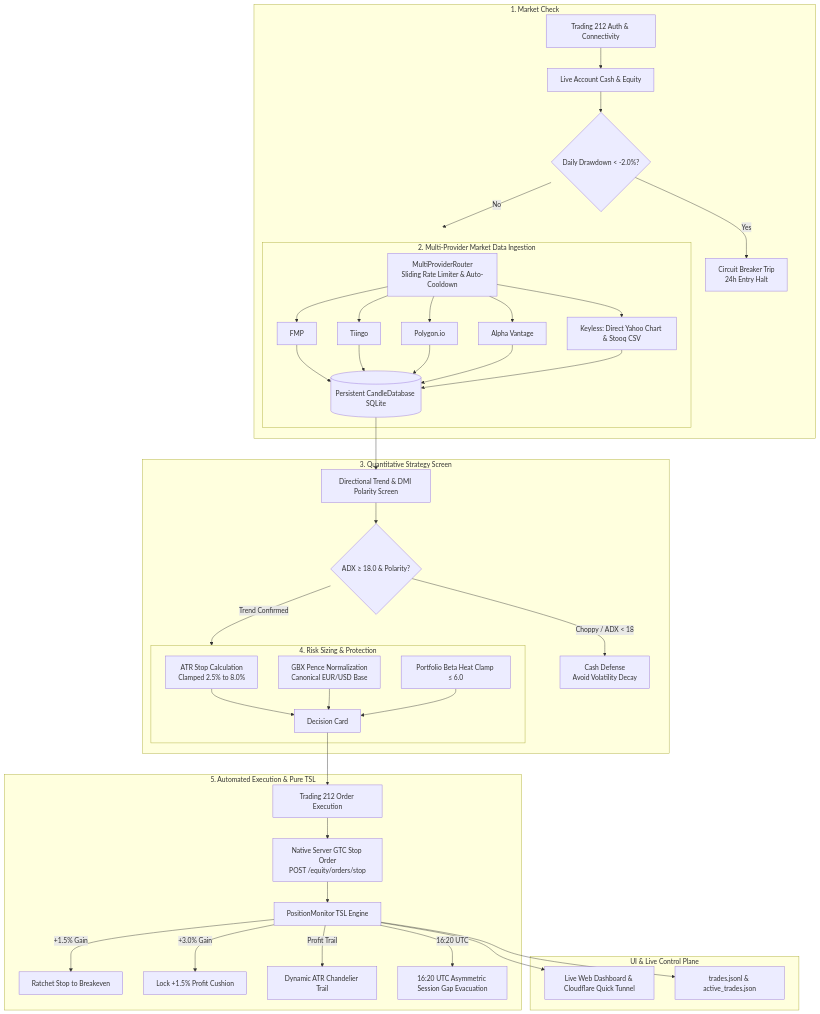
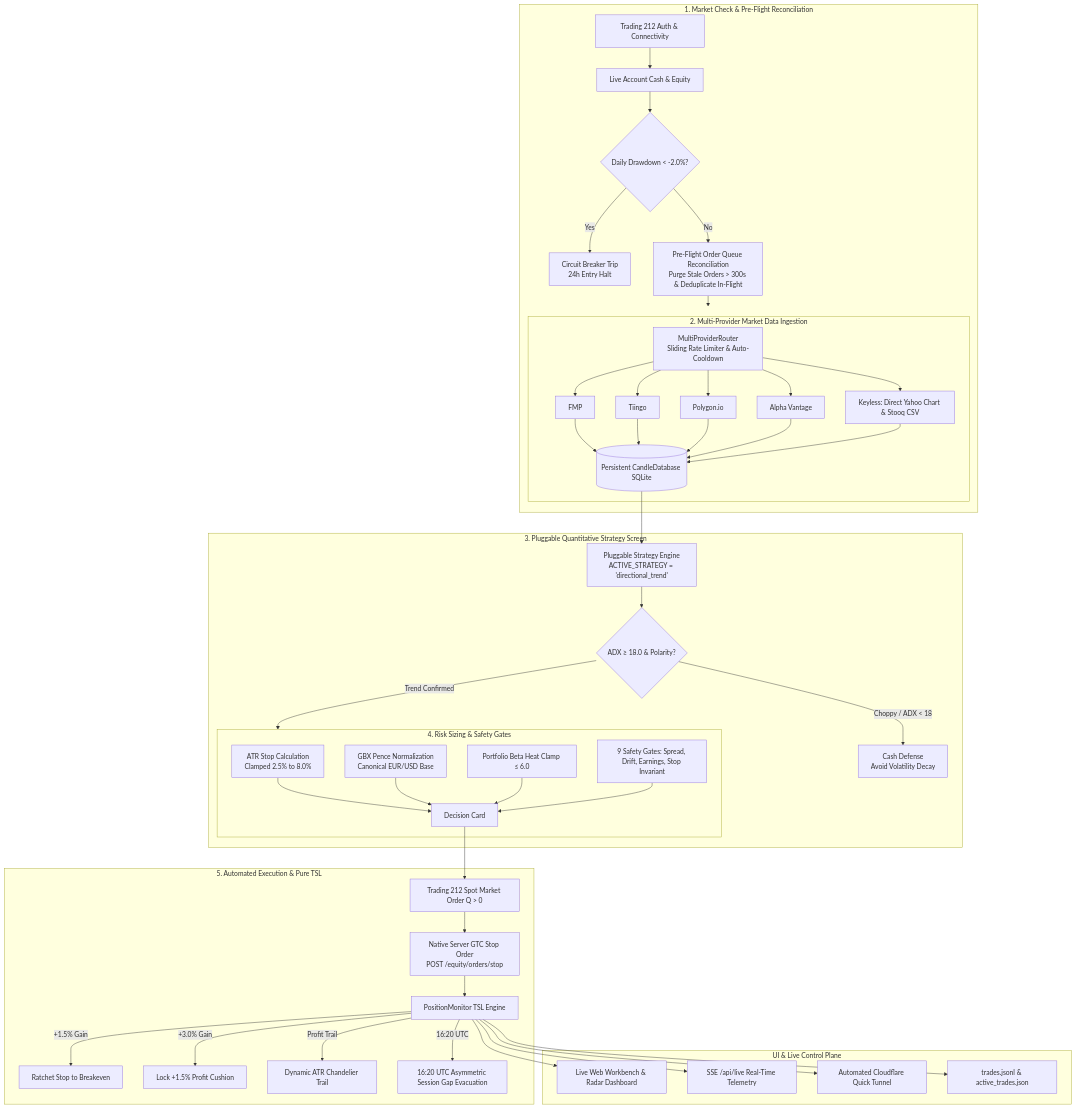
Before and after one commit to shahpratik1/leverage_t212: the diagram in README.md, drawn with Mermaid. The commit also changed other lines of this file and 8 other files, not shown here.

Commit message:
feat(cron): add serverless Cloudflare Worker cron dispatcher for reliable scheduled execution

````diff
--- a/README.md
+++ b/README.md
@@ -18,48 +18,52 @@
 ```mermaid
 flowchart TD
-    subgraph S1["1. Market Check"]
+    subgraph S1["1. Market Check & Pre-Flight Reconciliation"]
         B1[Trading 212 Auth & Connectivity] --> B2[Live Account Cash & Equity]
         B2 --> B3{Daily Drawdown < -2.0%?}
         B3 -->|Yes| HALT[Circuit Breaker Trip\n24h Entry Halt]
-        B3 -->|No| S2["2. Ingest Candles"]
+        B3 -->|No| RECON[Pre-Flight Order Queue Reconciliation\nPurge Stale Orders > 300s & Deduplicate In-Flight]
+        RECON --> S2["2. Ingest Candles"]
     end
 
     subgraph S2["2. Multi-Provider Market Data Ingestion"]
         MP[MultiProviderRouter\nSliding Rate Limiter & Auto-Cooldown]
         MP --> P1[FMP]
         MP --> P2[Tiingo]
         MP --> P3[Polygon.io]
         MP --> P4[Alpha Vantage]
         MP --> P5[Keyless: Direct Yahoo Chart & Stooq CSV]
         P1 & P2 & P3 & P4 & P5 --> CDB[(Persistent CandleDatabase SQLite)]
     end
 
-    subgraph S3["3. Quantitative Strategy Screen"]
-        CDB --> STRAT[Directional Trend & DMI Polarity Screen]
+    subgraph S3["3. Pluggable Quantitative Strategy Screen"]
+        CDB --> STRAT[Pluggable Strategy Engine\nACTIVE_STRATEGY = 'directional_trend']
         STRAT --> DMI{ADX ≥ 18.0 & Polarity?}
         DMI -->|Choppy / ADX < 18| CASH[Cash Defense\nAvoid Volatility Decay]
         DMI -->|Trend Confirmed| S4["4. Risk Sizing & Protection"]
     end
 
-    subgraph S4["4. Risk Sizing & Protection"]
+    subgraph S4["4. Risk Sizing & Safety Gates"]
         S4A[ATR Stop Calculation\nClamped 2.5% to 8.0%]
         S4B[GBX Pence Normalization\nCanonical EUR/USD Base]
         S4C[Portfolio Beta Heat Clamp ≤ 6.0]
-        S4A & S4B & S4C --> CARD[Decision Card]
+        S4D[9 Safety Gates: Spread, Drift, Earnings, Stop Invariant]
+        S4A & S4B & S4C & S4D --> CARD[Decision Card]
     end
 
     subgraph S5["5. Automated Execution & Pure TSL"]
-        CARD --> ROUTE[Trading 212 Order Execution]
+        CARD --> ROUTE[Trading 212 Spot Market Order Q > 0]
         ROUTE --> GSTOP[Native Server GTC Stop Order\nPOST /equity/orders/stop]
         GSTOP --> MON[PositionMonitor TSL Engine]
         MON -->|+1.5% Gain| BE[Ratchet Stop to Breakeven]
         MON -->|+3.0% Gain| CUSH[Lock +1.5% Profit Cushion]
         MON -->|Profit Trail| ATR[Dynamic ATR Chandelier Trail]
         MON -->|16:20 UTC| ASYM[16:20 UTC Asymmetric Session Gap Evacuation]
     end
 
     subgraph TELEMETRY["UI & Live Control Plane"]
-        MON --> DASH[Live Web Dashboard & Cloudflare Quick Tunnel]
+        MON --> DASH[Live Web Workbench & Radar Dashboard]
+        MON --> SSE[SSE /api/live Real-Time Telemetry]
+        MON --> TUNNEL[Automated Cloudflare Quick Tunnel]
         MON --> LOGS[trades.jsonl & active_trades.json]
     end
 ```
````
